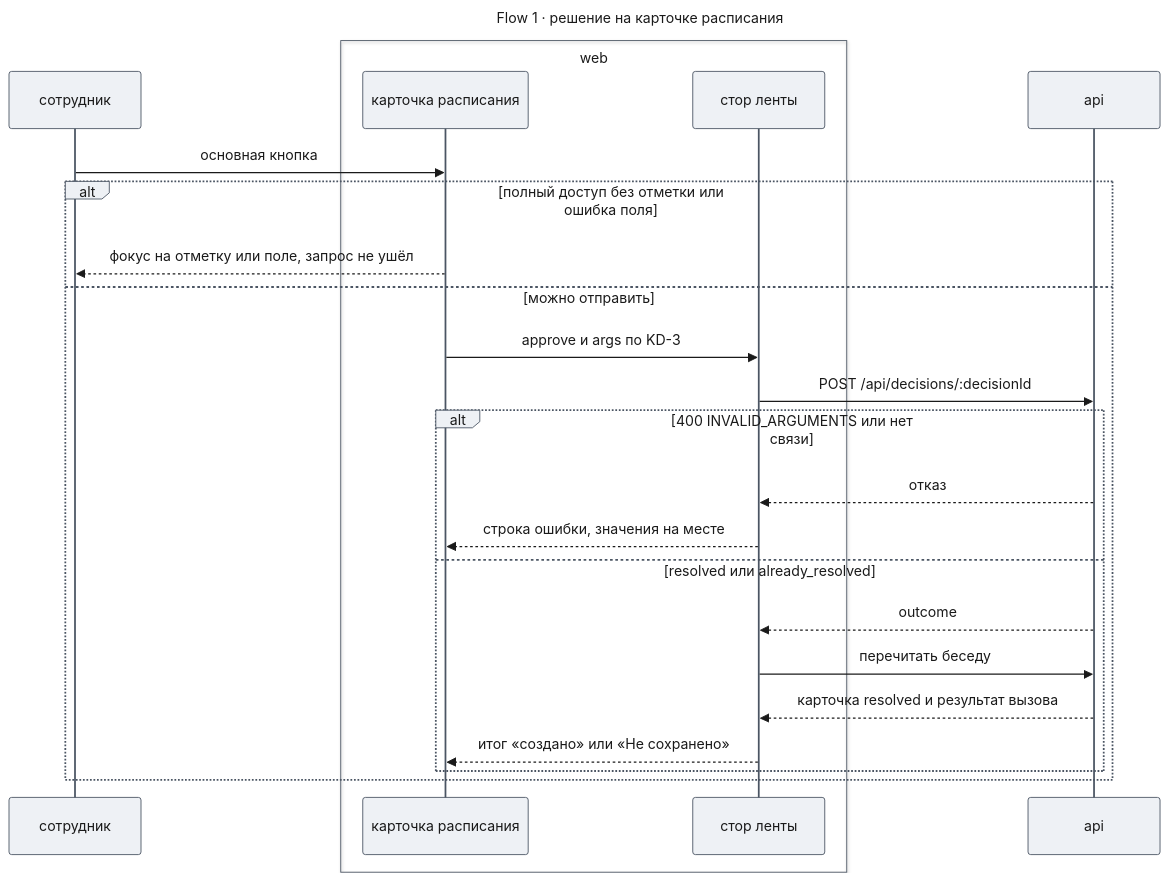
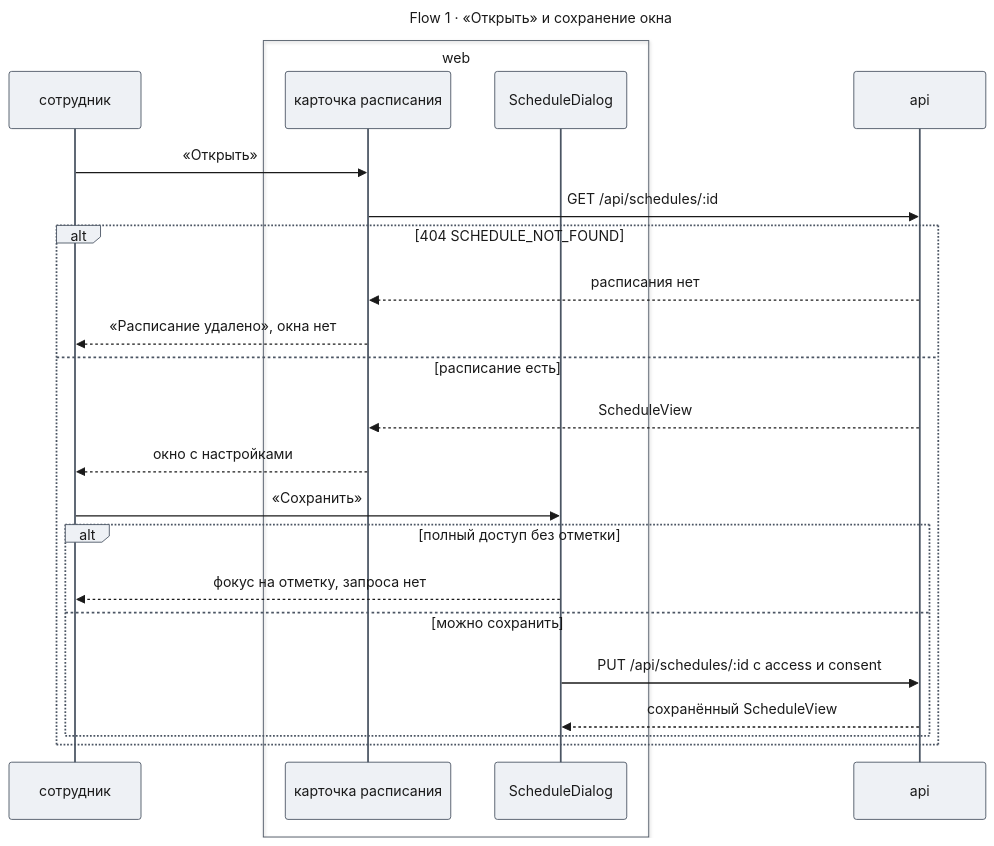
The third of 3 diagrams in docs/features/chat-scheduling/design-web.md (tundraray/agent-os), drawn with Mermaid before and after one commit. The commit also changed other lines of this file, not shown here.

Commit message:
docs: rewrite the chat scheduling web design for the compact card and the page form

````diff
--- a/docs/features/chat-scheduling/design-web.md
+++ b/docs/features/chat-scheduling/design-web.md
@@ -326,49 +264,49 @@
 ```mermaid
 ---
-title: "Flow 1 · решение на карточке расписания"
+title: "Flow 1 · «Открыть» и сохранение окна"
 config:
   theme: base
   look: classic
   themeVariables:
     primaryColor: "#eef1f5"
     primaryBorderColor: "#4b5563"
     primaryTextColor: "#1a1a1a"
     lineColor: "#6b7280"
   themeCSS: |
     @keyframes lit_wsf1{0%,9%{stroke:#991b1b;stroke-width:6px}10%,100%{stroke:#37474f;stroke-width:2px}}
     @keyframes litr_wsf1{0%,9%{stroke:#1d4ed8;stroke-width:6px}10%,100%{stroke:#37474f;stroke-width:2px}}
     .messageLine0[data-id='i0'],.messageLine1[data-id='i0']{animation:lit_wsf1 12s linear 0s infinite}
-    .messageLine0[data-id='i2'],.messageLine1[data-id='i2']{animation:litr_wsf1 12s linear 1.2s infinite}
-    .messageLine0[data-id='i4'],.messageLine1[data-id='i4']{animation:lit_wsf1 12s linear 2.4s infinite}
-    .messageLine0[data-id='i5'],.messageLine1[data-id='i5']{animation:lit_wsf1 12s linear 3.6s infinite}
-    .messageLine0[data-id='i7'],.messageLine1[data-id='i7']{animation:litr_wsf1 12s linear 4.8s infinite}
-    .messageLine0[data-id='i8'],.messageLine1[data-id='i8']{animation:litr_wsf1 12s linear 6s infinite}
-    .messageLine0[data-id='i10'],.messageLine1[data-id='i10']{animation:litr_wsf1 12s linear 7.2s infinite}
-    .messageLine0[data-id='i11'],.messageLine1[data-id='i11']{animation:litr_wsf1 12s linear 8.4s infinite}
-    .messageLine0[data-id='i12'],.messageLine1[data-id='i12']{animation:litr_wsf1 12s linear 9.6s infinite}
+    .messageLine0[data-id='i1'],.messageLine1[data-id='i1']{animation:litr_wsf1 12s linear 1.2s infinite}
+    .messageLine0[data-id='i3'],.messageLine1[data-id='i3']{animation:litr_wsf1 12s linear 2.4s infinite}
+    .messageLine0[data-id='i4'],.messageLine1[data-id='i4']{animation:litr_wsf1 12s linear 3.6s infinite}
+    .messageLine0[data-id='i6'],.messageLine1[data-id='i6']{animation:litr_wsf1 12s linear 4.8s infinite}
+    .messageLine0[data-id='i7'],.messageLine1[data-id='i7']{animation:litr_wsf1 12s linear 6s infinite}
+    .messageLine0[data-id='i8'],.messageLine1[data-id='i8']{animation:lit_wsf1 12s linear 7.2s infinite}
+    .messageLine0[data-id='i10'],.messageLine1[data-id='i10']{animation:litr_wsf1 12s linear 8.4s infinite}
+    .messageLine0[data-id='i12'],.messageLine1[data-id='i12']{animation:lit_wsf1 12s linear 9.6s infinite}
     .messageLine0[data-id='i13'],.messageLine1[data-id='i13']{animation:litr_wsf1 12s linear 10.8s infinite}
 ---
 sequenceDiagram
     participant Emp as сотрудник
     box web
         participant Card as карточка расписания
-        participant Store as стор ленты
+        participant Dlg as ScheduleDialog
     end
     participant Api as api
-    Emp->>Card: основная кнопка
-    alt полный доступ без отметки или ошибка поля
-        Card-->>Emp: фокус на отметку или поле, запрос не ушёл
-    else можно отправить
-        Card->>Store: approve и args по KD-3
-        Store->>Api: POST /api/decisions/:decisionId
-        alt 400 INVALID_ARGUMENTS или нет связи
-            Api-->>Store: отказ
-            Store-->>Card: строка ошибки, значения на месте
-        else resolved или already_resolved
-            Api-->>Store: outcome
-            Store->>Api: перечитать беседу
-            Api-->>Store: карточка resolved и результат вызова
-            Store-->>Card: итог «создано» или «Не сохранено»
+    Emp->>Card: «Открыть»
+    Card->>Api: GET /api/schedules/:id
+    alt 404 SCHEDULE_NOT_FOUND
+        Api-->>Card: расписания нет
+        Card-->>Emp: «Расписание удалено», окна нет
+    else расписание есть
+        Api-->>Card: ScheduleView
+        Card-->>Emp: окно с настройками
+        Emp->>Dlg: «Сохранить»
+        alt полный доступ без отметки
+            Dlg-->>Emp: фокус на отметку, запроса нет
+        else можно сохранить
+            Dlg->>Api: PUT /api/schedules/:id с access и consent
+            Api-->>Dlg: сохранённый ScheduleView
         end
     end
 ```
````
